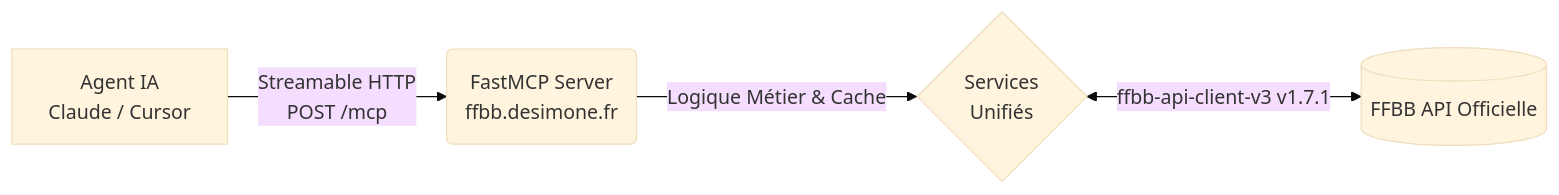
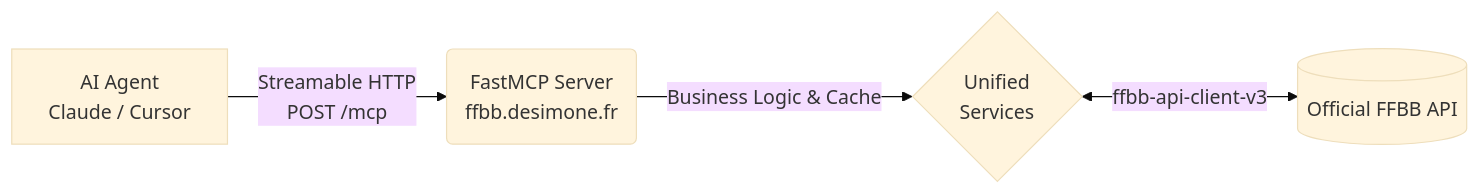
Before and after one commit to nickdesi/FFBB-MCP-Server: the diagram in README.md, drawn with Mermaid (base theme). The commit also changed other lines of this file and 5 other files, not shown here.

````diff
--- a/README.md
+++ b/README.md
@@ -143,6 +93,6 @@
 ```mermaid
 flowchart LR
-    A["Agent IA\nClaude / Cursor"] -->|"Streamable HTTP\nPOST /mcp"| B("FastMCP Server\nffbb.desimone.fr")
-    B -->|"Logique Métier & Cache"| C{"Services\nUnifiés"}
-    C <-->|"ffbb-api-client-v3 v1.7.1"| D[("FFBB API Officielle")]
+    A["AI Agent\nClaude / Cursor"] -->|"Streamable HTTP\nPOST /mcp"| B("FastMCP Server\nffbb.desimone.fr")
+    B -->|"Business Logic & Cache"| C{"Unified\nServices"}
+    C <-->|"ffbb-api-client-v3"| D[("Official FFBB API")]
 ```
````
